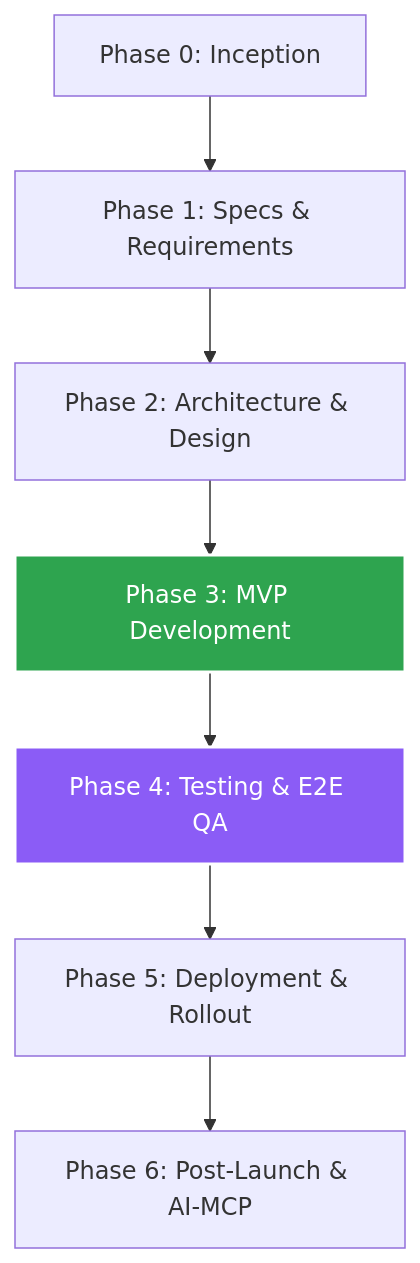
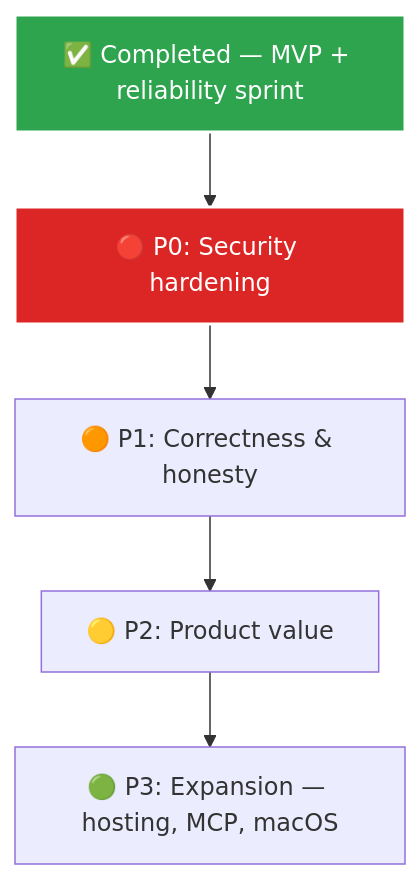
The diagram in docs/README.md (ai-automation-tools/cronsole), drawn with Mermaid before and after one commit. The commit also changed other lines of this file and 16 other files, not shown here.

First line of the commit message:
docs: replace phase-based planning with a living ROADMAP.md

````diff
--- a/docs/README.md
+++ b/docs/README.md
@@ -39,12 +36,10 @@
 ```mermaid
 graph TD
-    P0[Phase 0: Inception] --> P1[Phase 1: Specs & Requirements]
-    P1 --> P2[Phase 2: Architecture & Design]
-    P2 --> P3[Phase 3: MVP Development]
-    P3 --> P4[Phase 4: Testing & E2E QA]
-    P4 --> P5[Phase 5: Deployment & Rollout]
-    P5 --> P6[Phase 6: Post-Launch & AI-MCP]
+    DONE[✅ Completed — MVP + reliability sprint] --> P0R[🔴 P0: Security hardening]
+    P0R --> P1R[🟠 P1: Correctness & honesty]
+    P1R --> P2R[🟡 P2: Product value]
+    P2R --> P3R[🟢 P3: Expansion — hosting, MCP, macOS]
 
-    style P3 fill:#2ea44f,stroke:#fff,stroke-width:2px,color:#fff
-    style P4 fill:#8B5CF6,stroke:#fff,stroke-width:2px,color:#fff
+    style DONE fill:#2ea44f,stroke:#fff,stroke-width:2px,color:#fff
+    style P0R fill:#DC2626,stroke:#fff,stroke-width:2px,color:#fff
 ```
````
